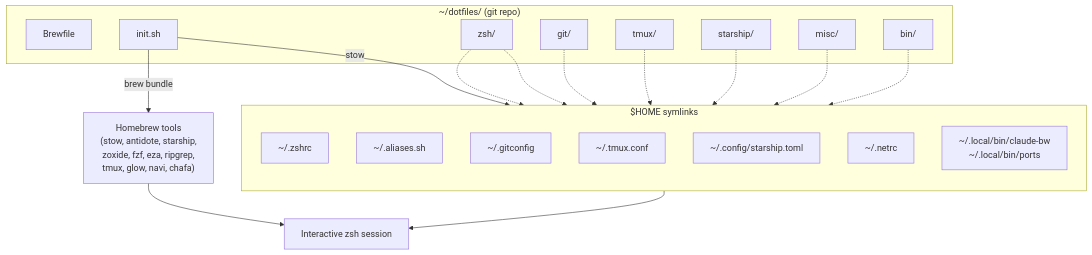
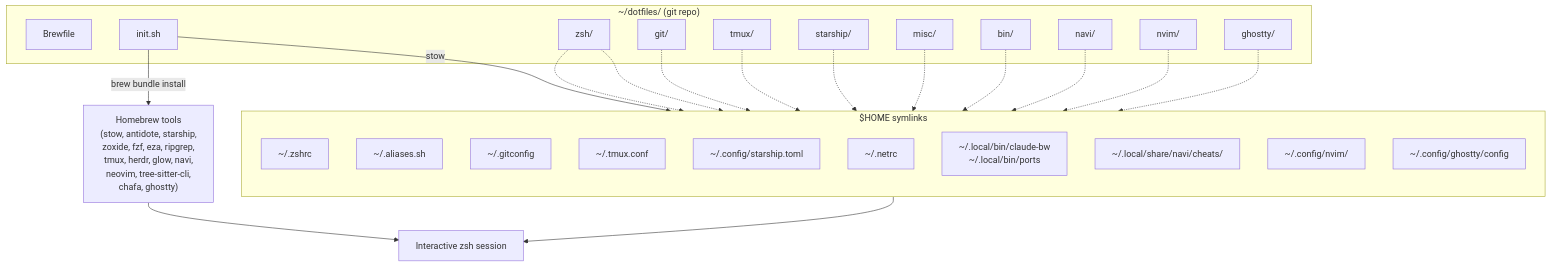
The diagram in README.md (meninoebom/dotfiles), drawn with Mermaid before and after one commit. The commit also changed other lines of this file and 3 other files, not shown here.

Commit message:
Add tree-sitter-cli; refresh README; document fresh-machine drift

````diff
--- a/README.md
+++ b/README.md
@@ -20,38 +20,47 @@
 ```mermaid
 flowchart TD
     subgraph src["~/dotfiles/ (git repo)"]
         BF[Brewfile]
         IS[init.sh]
         Z[zsh/]
         G[git/]
         TM[tmux/]
         ST[starship/]
         MS[misc/]
         BN[bin/]
+        NV[navi/]
+        NE[nvim/]
+        GH[ghostty/]
     end
 
-    IS -->|brew bundle| TOOLS["Homebrew tools<br/>(stow, antidote, starship,<br/>zoxide, fzf, eza, ripgrep,<br/>tmux, glow, navi, chafa)"]
+    IS -->|brew bundle install| TOOLS["Homebrew tools<br/>(stow, antidote, starship,<br/>zoxide, fzf, eza, ripgrep,<br/>tmux, herdr, glow, navi,<br/>neovim, tree-sitter-cli,<br/>chafa, ghostty)"]
     IS -->|stow| LINKS
 
     subgraph LINKS["$HOME symlinks"]
         direction TB
         HZ["~/.zshrc"]
         HA["~/.aliases.sh"]
         HG["~/.gitconfig"]
         HT["~/.tmux.conf"]
         HS["~/.config/starship.toml"]
         HN["~/.netrc"]
         HB["~/.local/bin/claude-bw<br/>~/.local/bin/ports"]
+        HC["~/.local/share/navi/cheats/"]
+        HV["~/.config/nvim/"]
+        HGH["~/.config/ghostty/config"]
     end
 
     Z -.-> HZ
     Z -.-> HA
     G -.-> HG
     TM -.-> HT
     ST -.-> HS
     MS -.-> HN
     BN -.-> HB
+    NV -.-> HC
+    NE -.-> HV
+    GH -.-> HGH
 
     LINKS --> SHELL["Interactive zsh session"]
     TOOLS --> SHELL
 ```
````
